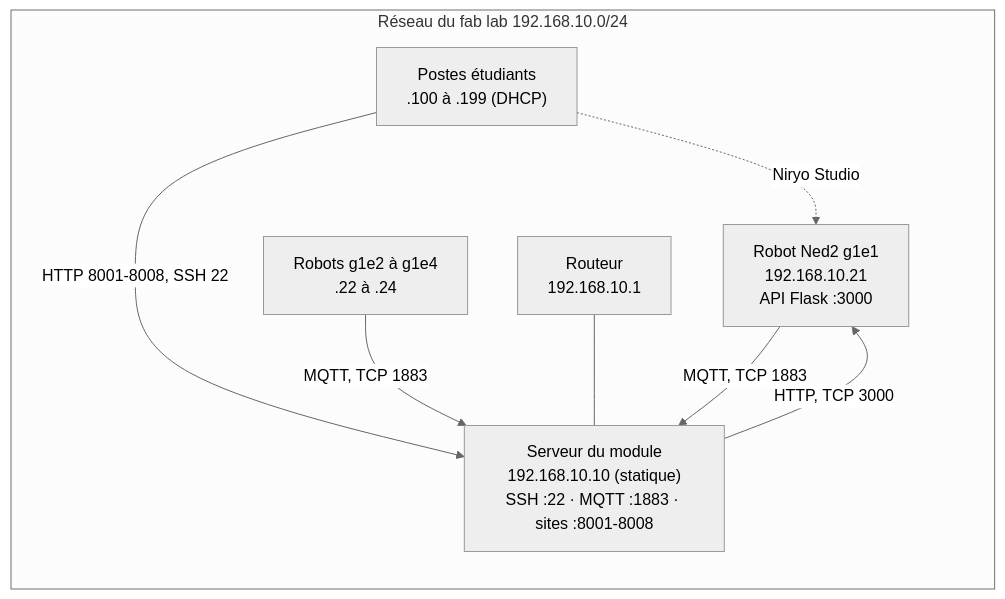
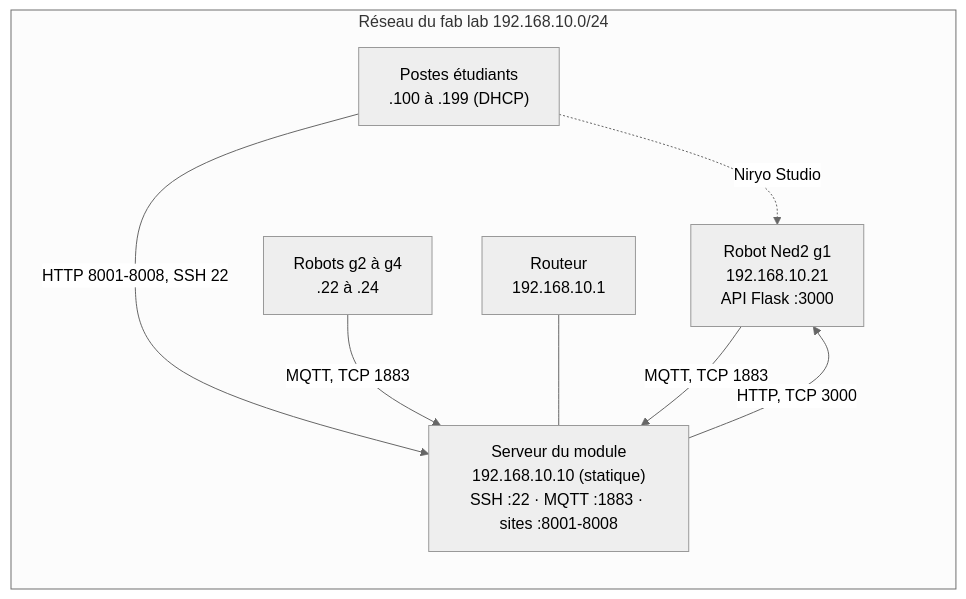
The second of 2 diagrams in cours/reseau_TCP_IP.md (fabrice1618/niryo2), drawn with Mermaid (neutral theme) before and after one commit. The commit also changed other lines of this file and 37 other files, not shown here.

````diff
--- a/cours/reseau_TCP_IP.md
+++ b/cours/reseau_TCP_IP.md
@@ -638,16 +638,16 @@
 ```mermaid
 flowchart LR
     subgraph LAN["Réseau du fab lab 192.168.10.0/24"]
-        R1["Robot Ned2 g1e1<br/>192.168.10.21<br/>API Flask :3000"]
-        R2["Robots g1e2 à g1e4<br/>.22 à .24"]
+        R1["Robot Ned2 g1<br/>192.168.10.21<br/>API Flask :3000"]
+        R2["Robots g2 à g4<br/>.22 à .24"]
         SRV["Serveur du module<br/>192.168.10.10 (statique)<br/>SSH :22 · MQTT :1883 · sites :8001-8008"]
         PC["Postes étudiants<br/>.100 à .199 (DHCP)"]
         GW["Routeur<br/>192.168.10.1"]
     end
     R1 -- "MQTT, TCP 1883" --> SRV
     R2 -- "MQTT, TCP 1883" --> SRV
     SRV -- "HTTP, TCP 3000" --> R1
     PC -- "HTTP 8001-8008, SSH 22" --> SRV
     PC -. "Niryo Studio" .-> R1
     GW --- SRV
 ```
````
